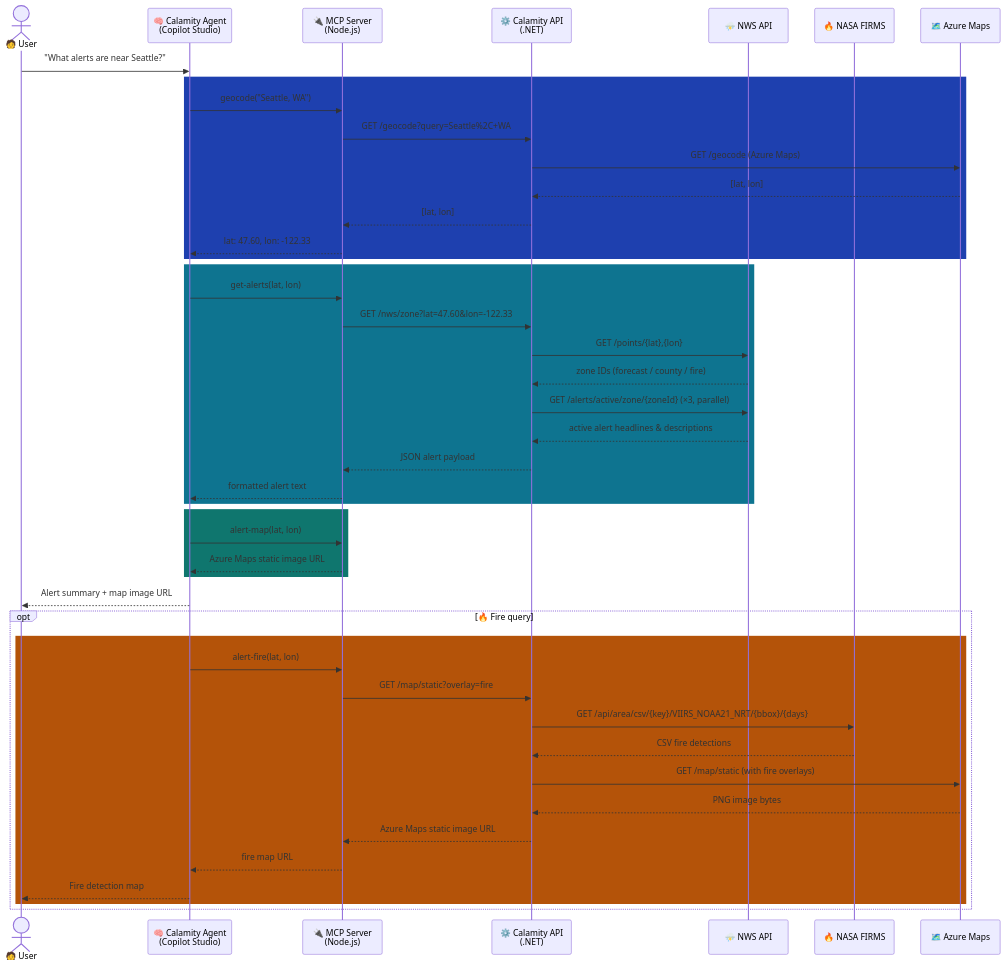
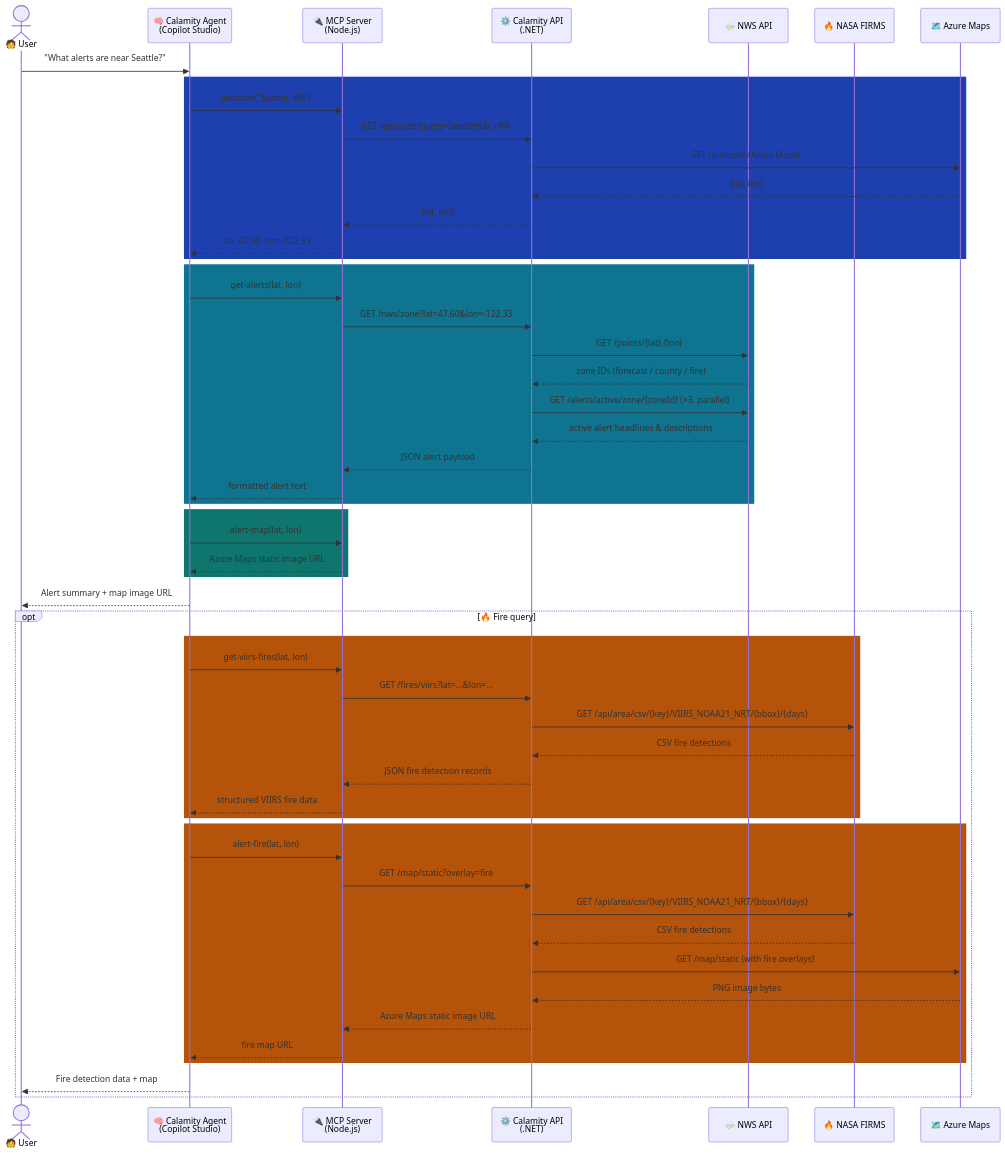
The second of 2 diagrams in ARCHITECTURE.md (tagr/CalamityCopilotService), drawn with Mermaid before and after one commit. The commit also changed other lines of this file, not shown here.

Commit message:
Update data flow

````diff
--- a/ARCHITECTURE.md
+++ b/ARCHITECTURE.md
@@ -58,53 +58,63 @@
 ```mermaid
 sequenceDiagram
     actor User as 🧑 User
     participant CA as 🧠 Calamity Agent<br/>(Copilot Studio)
     participant MCP as 🔌 MCP Server<br/>(Node.js)
     participant API as ⚙️ Calamity API<br/>(.NET)
     participant NWS as ⛈️ NWS API
     participant NASA as 🔥 NASA FIRMS
     participant MAPS as 🗺️ Azure Maps
 
     User->>CA: "What alerts are near Seattle?"
 
     rect rgb(30, 64, 175)
         CA->>MCP: geocode("Seattle, WA")
         MCP->>API: GET /geocode?query=Seattle%2C+WA
         API->>MAPS: GET /geocode (Azure Maps)
         MAPS-->>API: [lat, lon]
         API-->>MCP: [lat, lon]
         MCP-->>CA: lat: 47.60, lon: -122.33
     end
 
     rect rgb(14, 116, 144)
         CA->>MCP: get-alerts(lat, lon)
         MCP->>API: GET /nws/zone?lat=47.60&lon=-122.33
         API->>NWS: GET /points/{lat},{lon}
         NWS-->>API: zone IDs (forecast / county / fire)
         API->>NWS: GET /alerts/active/zone/{zoneId} (×3, parallel)
         NWS-->>API: active alert headlines & descriptions
         API-->>MCP: JSON alert payload
         MCP-->>CA: formatted alert text
     end
 
     rect rgb(15, 118, 110)
         CA->>MCP: alert-map(lat, lon)
         MCP-->>CA: Azure Maps static image URL
     end
 
     CA-->>User: Alert summary + map image URL
 
     opt 🔥 Fire query
         rect rgb(180, 83, 9)
+            CA->>MCP: get-viirs-fires(lat, lon)
+            MCP->>API: GET /fires/viirs?lat=...&lon=...
+            API->>NASA: GET /api/area/csv/{key}/VIIRS_NOAA21_NRT/{bbox}/{days}
+            NASA-->>API: CSV fire detections
+            API-->>MCP: JSON fire detection records
+            MCP-->>CA: structured VIIRS fire data
+        end
+
+        rect rgb(180, 83, 9)
             CA->>MCP: alert-fire(lat, lon)
             MCP->>API: GET /map/static?overlay=fire
             API->>NASA: GET /api/area/csv/{key}/VIIRS_NOAA21_NRT/{bbox}/{days}
             NASA-->>API: CSV fire detections
             API->>MAPS: GET /map/static (with fire overlays)
             MAPS-->>API: PNG image bytes
             API-->>MCP: Azure Maps static image URL
             MCP-->>CA: fire map URL
-            CA-->>User: Fire detection map
         end
+
+        CA-->>User: Fire detection data + map
     end
 ```
````
